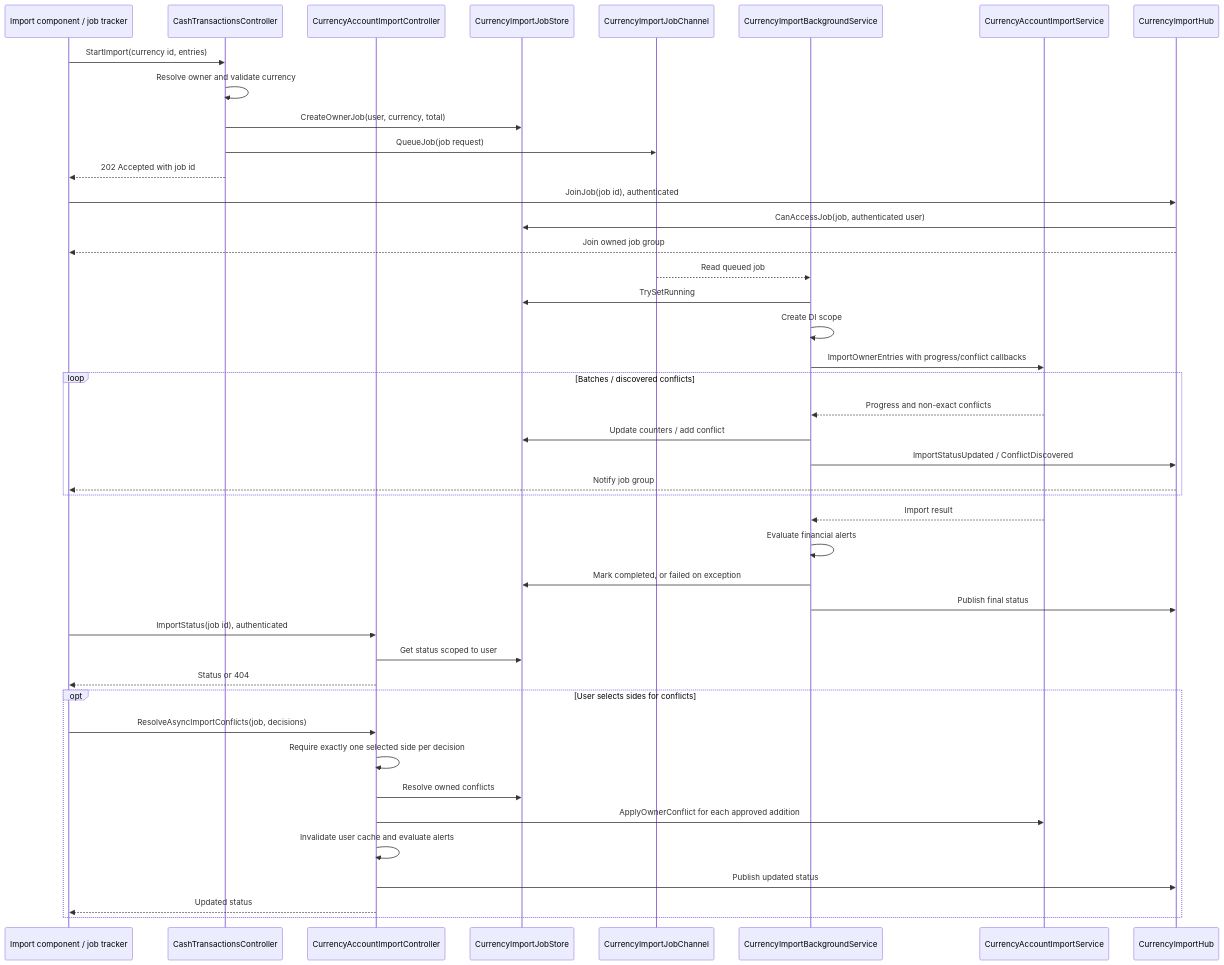
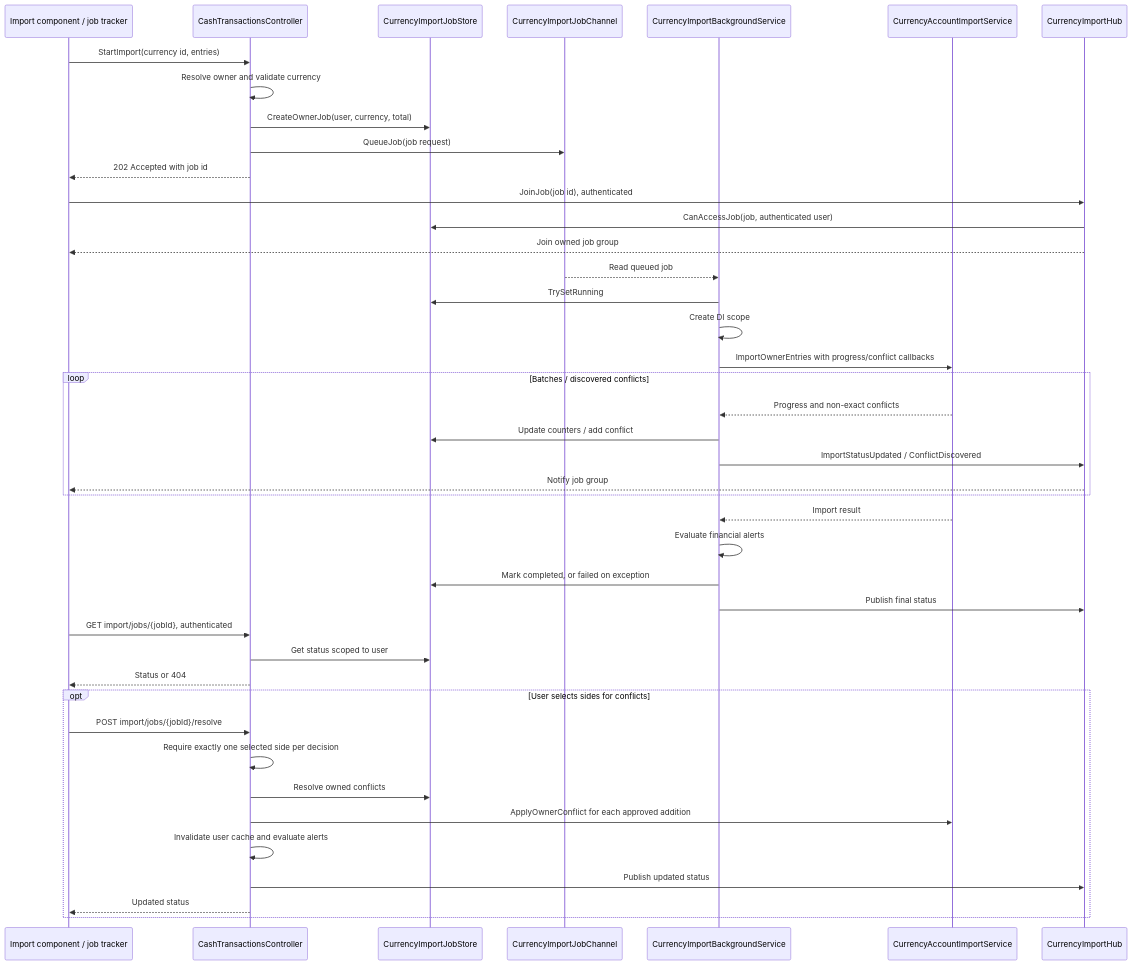
One commit to avresial/FinanceManager changed the third of 5 diagrams in docs/architecture/06-runtime-view.md. Above: the diagram before and after it, drawn with Mermaid. The commit also changed other lines of this file and 13 other files, not shown here.

````diff
--- a/docs/architecture/06-runtime-view.md
+++ b/docs/architecture/06-runtime-view.md
@@ -134,45 +134,44 @@
 ```mermaid
 sequenceDiagram
     participant Browser as Import component / job tracker
-    participant Start as CashTransactionsController
-    participant API as CurrencyAccountImportController
+    participant API as CashTransactionsController
     participant Store as CurrencyImportJobStore
     participant Queue as CurrencyImportJobChannel
     participant Worker as CurrencyImportBackgroundService
     participant Import as CurrencyAccountImportService
     participant Hub as CurrencyImportHub
-    Browser->>Start: StartImport(currency id, entries)
-    Start->>Start: Resolve owner and validate currency
-    Start->>Store: CreateOwnerJob(user, currency, total)
-    Start->>Queue: QueueJob(job request)
-    Start-->>Browser: 202 Accepted with job id
+    Browser->>API: StartImport(currency id, entries)
+    API->>API: Resolve owner and validate currency
+    API->>Store: CreateOwnerJob(user, currency, total)
+    API->>Queue: QueueJob(job request)
+    API-->>Browser: 202 Accepted with job id
     Browser->>Hub: JoinJob(job id), authenticated
     Hub->>Store: CanAccessJob(job, authenticated user)
     Hub-->>Browser: Join owned job group
     Queue-->>Worker: Read queued job
     Worker->>Store: TrySetRunning
     Worker->>Worker: Create DI scope
     Worker->>Import: ImportOwnerEntries with progress/conflict callbacks
     loop Batches / discovered conflicts
         Import-->>Worker: Progress and non-exact conflicts
         Worker->>Store: Update counters / add conflict
         Worker->>Hub: ImportStatusUpdated / ConflictDiscovered
         Hub-->>Browser: Notify job group
     end
     Import-->>Worker: Import result
     Worker->>Worker: Evaluate financial alerts
     Worker->>Store: Mark completed, or failed on exception
     Worker->>Hub: Publish final status
-    Browser->>API: ImportStatus(job id), authenticated
+    Browser->>API: GET import/jobs/{jobId}, authenticated
     API->>Store: Get status scoped to user
     API-->>Browser: Status or 404
     opt User selects sides for conflicts
-        Browser->>API: ResolveAsyncImportConflicts(job, decisions)
+        Browser->>API: POST import/jobs/{jobId}/resolve
         API->>API: Require exactly one selected side per decision
         API->>Store: Resolve owned conflicts
         API->>Import: ApplyOwnerConflict for each approved addition
         API->>API: Invalidate user cache and evaluate alerts
         API->>Hub: Publish updated status
         API-->>Browser: Updated status
     end
 ```
````
